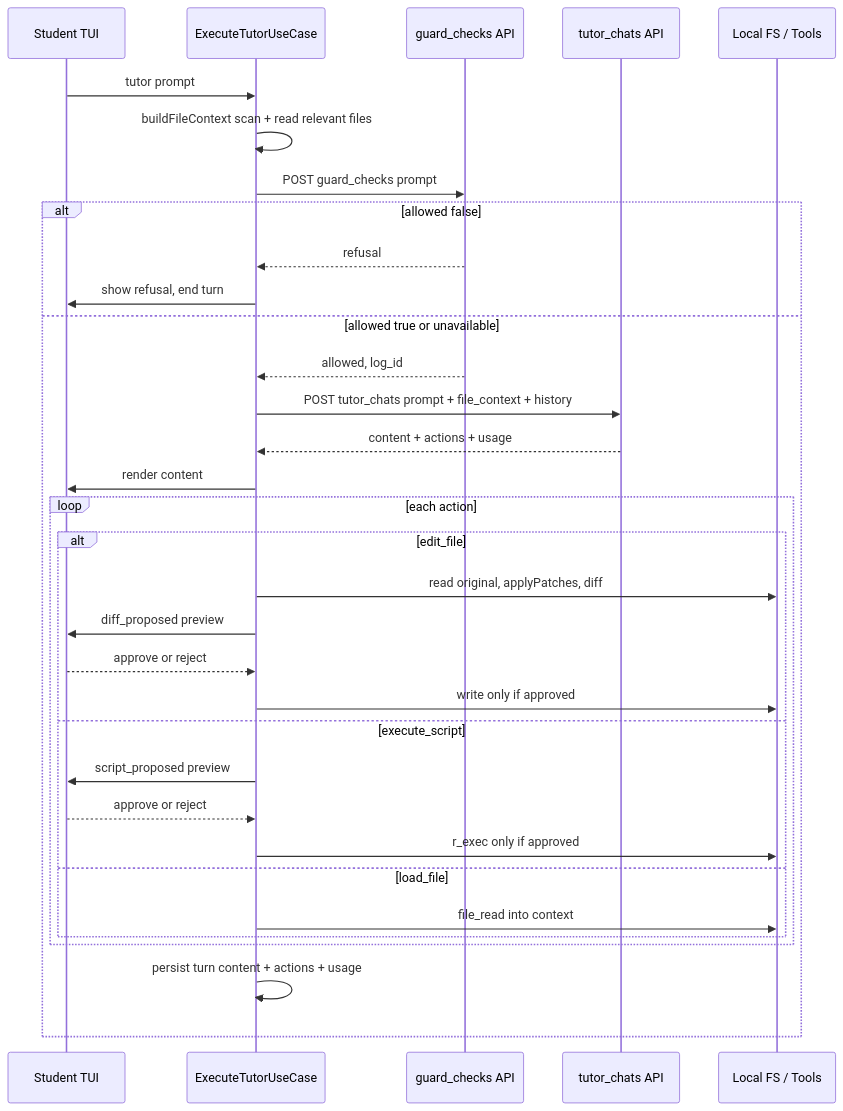
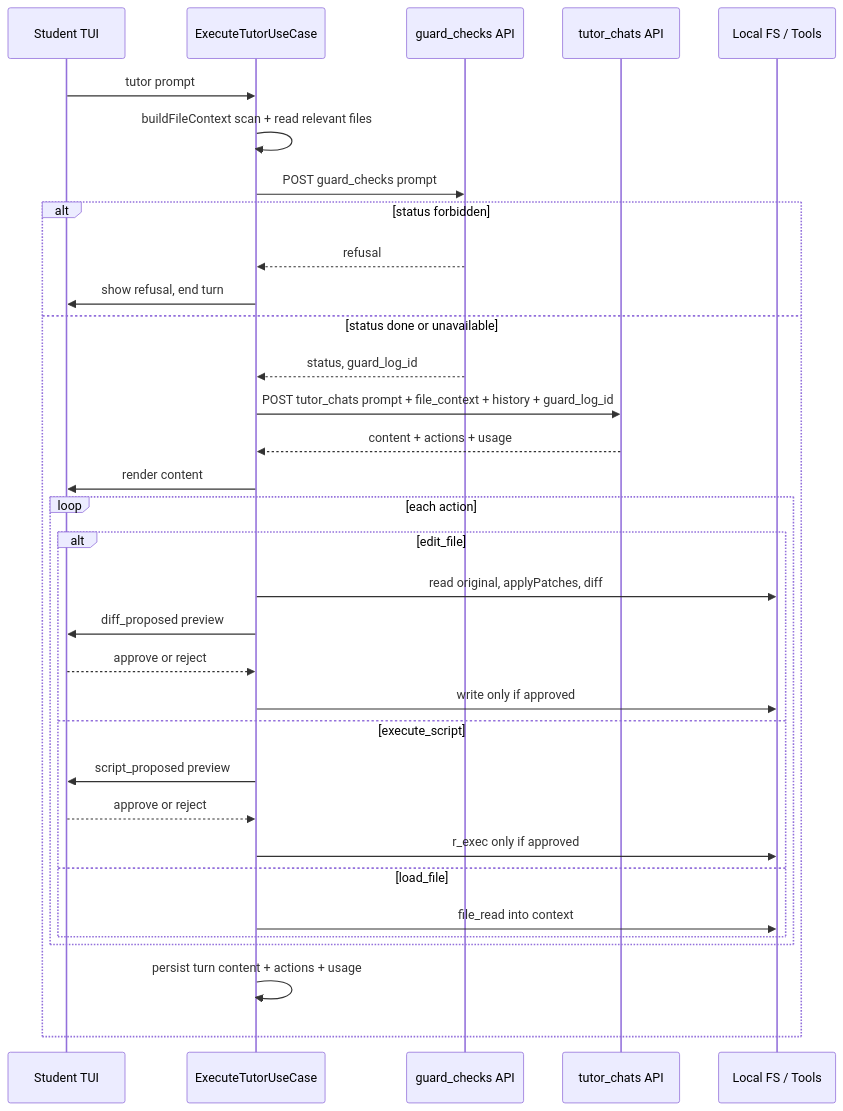
The first of 2 diagrams in plans/2026-06-03-agentic-tutor-react-pipeline.md (MING-CHUNLee/Tyla), drawn with Mermaid before and after one commit. The commit also changed other lines of this file and 1 other file, not shown here.

First line of the commit message:
doc: align frontend API reference and react-pipeline plan with guard_log_id model

````diff
--- a/plans/2026-06-03-agentic-tutor-react-pipeline.md
+++ b/plans/2026-06-03-agentic-tutor-react-pipeline.md
@@ -55,36 +50,36 @@
 ```mermaid
 sequenceDiagram
     participant U as Student TUI
     participant UC as ExecuteTutorUseCase
     participant GC as guard_checks API
     participant TC as tutor_chats API
     participant FS as Local FS / Tools
 
     U->>UC: tutor prompt
     UC->>UC: buildFileContext  scan + read relevant files
     UC->>GC: POST guard_checks  prompt
-    alt allowed false
+    alt status forbidden
         GC-->>UC: refusal
         UC->>U: show refusal, end turn
-    else allowed true or unavailable
-        GC-->>UC: allowed, log_id
-        UC->>TC: POST tutor_chats  prompt + file_context + history
+    else status done or unavailable
+        GC-->>UC: status, guard_log_id
+        UC->>TC: POST tutor_chats  prompt + file_context + history + guard_log_id
         TC-->>UC: content + actions + usage
         UC->>U: render content
         loop each action
             alt edit_file
                 UC->>FS: read original, applyPatches, diff
                 UC->>U: diff_proposed  preview
                 U-->>UC: approve or reject
                 UC->>FS: write only if approved
             else execute_script
                 UC->>U: script_proposed  preview
                 U-->>UC: approve or reject
                 UC->>FS: r_exec only if approved
             else load_file
                 UC->>FS: file_read into context
             end
         end
         UC->>UC: persist turn  content + actions + usage
     end
 ```
````
